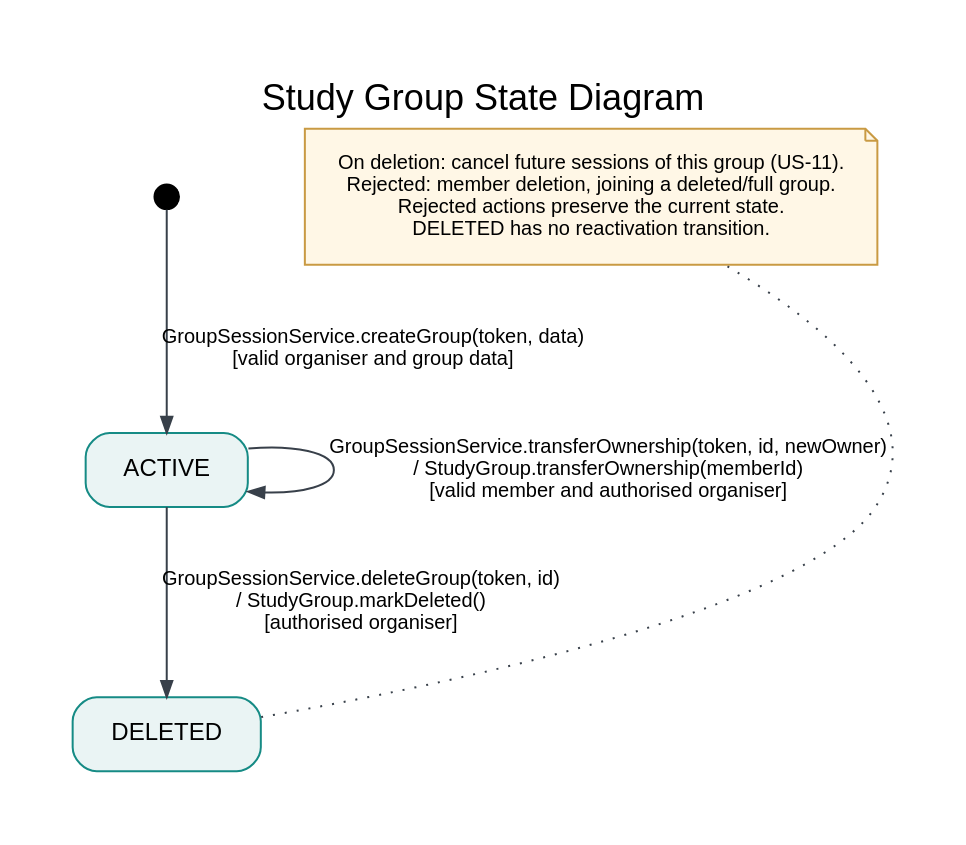
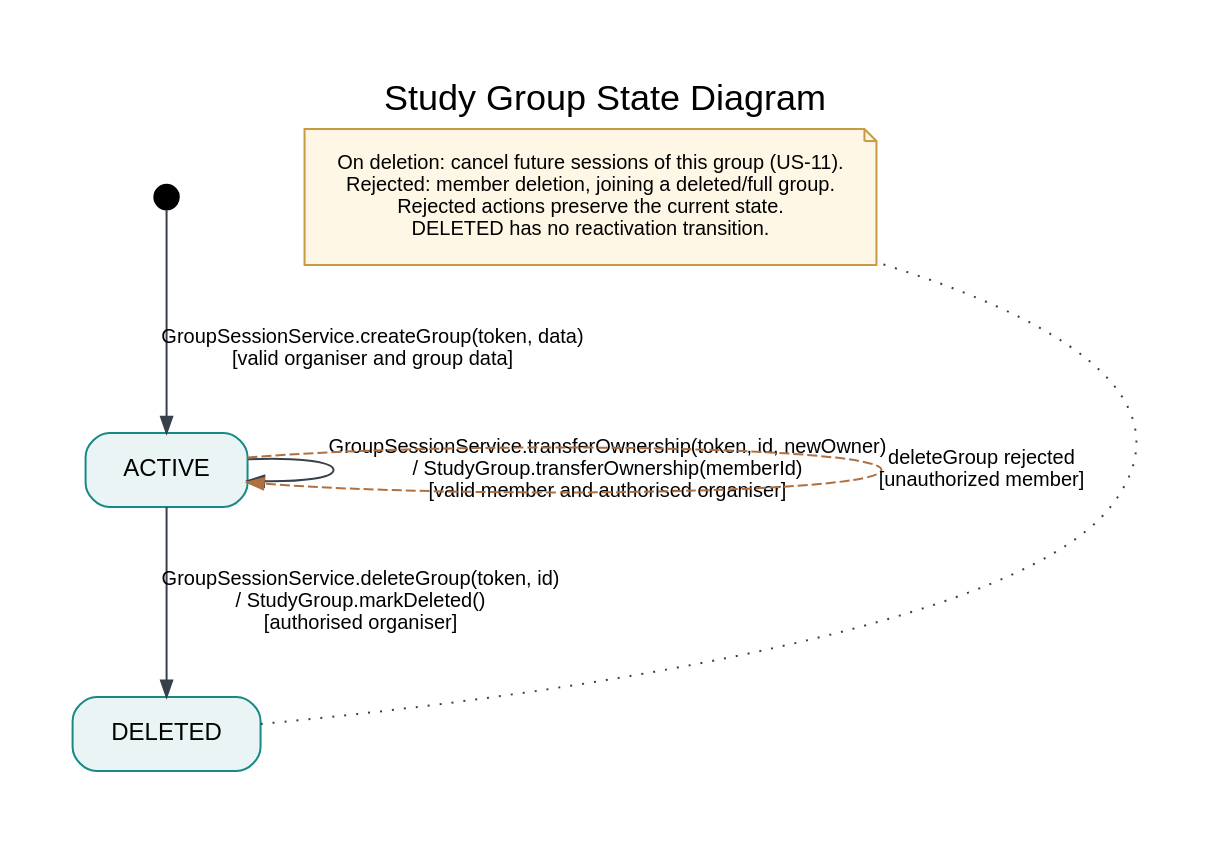
The diagram in docs/state-diagrams/sources/02_study_group.dot (ErayGulerler/StudyMatch), drawn with Graphviz before and after one commit. The commit also changed 12 other files, not shown here.

Commit message:
Refine state diagrams for checkpoint 2

```diff
--- a/docs/state-diagrams/sources/02_study_group.dot
+++ b/docs/state-diagrams/sources/02_study_group.dot
@@ -1,12 +1,13 @@
 digraph G { 
 graph [rankdir=TB,bgcolor="white",pad="0.4",nodesep="0.6",ranksep="0.85",fontname="Arial",fontsize=18,label="Study Group State Diagram",labelloc=t];
 node [shape=box,style="rounded,filled",fillcolor="#EAF4F4",color="#168B85",fontname="Arial",fontsize=12,margin="0.25,0.16"];
 edge [fontname="Arial",fontsize=10,color="#38404A",arrowsize=0.8];
 start [shape=point,width=0.17,color=black,fillcolor=black,label=""];
 active [label="ACTIVE"]; deleted [label="DELETED"];
 start -> active [label="GroupSessionService.createGroup(token, data)\n[valid organiser and group data]"];
 active -> active [label="GroupSessionService.transferOwnership(token, id, newOwner)\n/ StudyGroup.transferOwnership(memberId)\n[valid member and authorised organiser]"];
 active -> deleted [label="GroupSessionService.deleteGroup(token, id)\n/ StudyGroup.markDeleted()\n[authorised organiser]"];
+active -> active [label="deleteGroup rejected\n[unauthorized member]",style=dashed,color="#B07040"];
 note [shape=note,style=filled,fillcolor="#FFF7E6",color="#C99A43",fontsize=10,label="On deletion: cancel future sessions of this group (US-11).\nRejected: member deletion, joining a deleted/full group.\nRejected actions preserve the current state.\nDELETED has no reactivation transition."];
 deleted -> note [style=dotted,arrowhead=none,constraint=false];
 }
```
